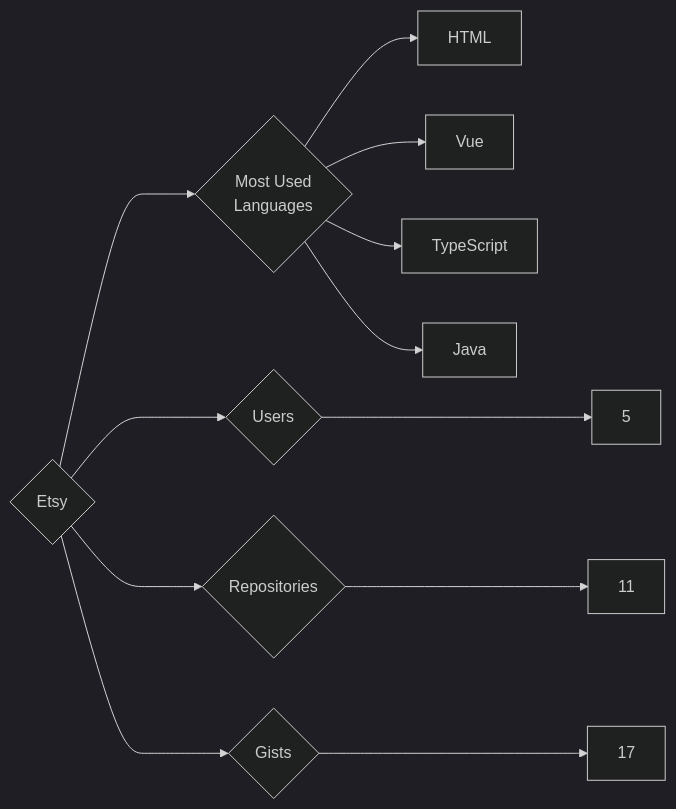
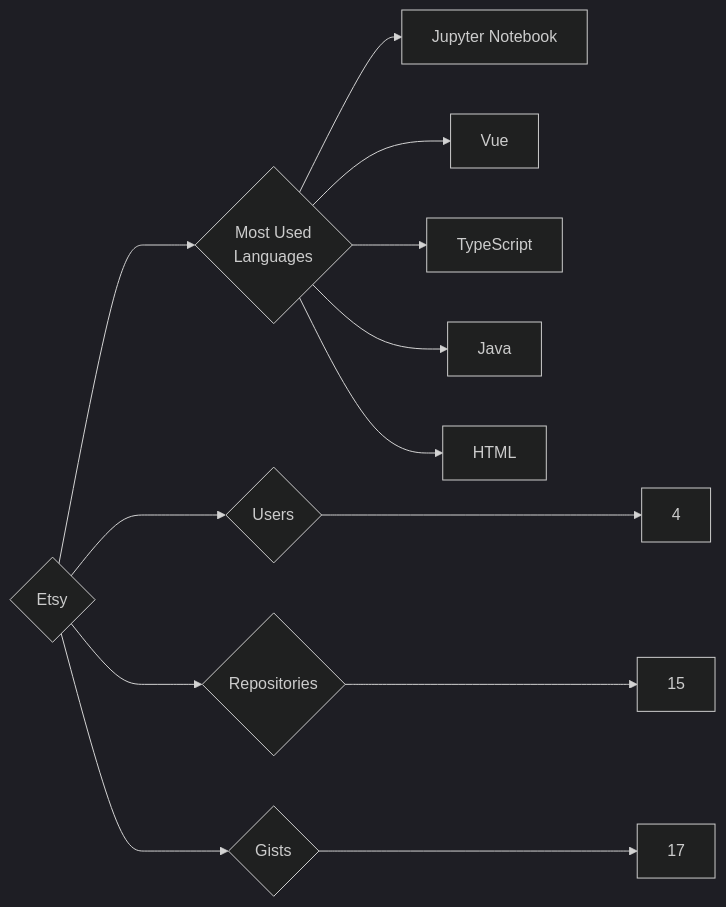
Before and after one commit to trickest/insiders: the diagram in targets/Etsy/README.md, drawn with Mermaid (dark theme). The commit also changed 988 other files, not shown here.

````diff
--- a/targets/Etsy/README.md
+++ b/targets/Etsy/README.md
@@ -3,12 +3,13 @@
 ```mermaid
 graph LR
 COMPANY_NAME{Etsy}
-COMPANY_NAME ---> U{Users} ---> UN[5]
-COMPANY_NAME ---> R{Repositories} ---> RN[11]
+COMPANY_NAME ---> U{Users} ---> UN[4]
+COMPANY_NAME ---> R{Repositories} ---> RN[15]
 COMPANY_NAME ---> G{Gists} ---> GN[17]
 COMPANY_NAME ---> ML{Most Used<br>Languages}
-ML --> HTML[HTML]
+ML --> Jupyter_Notebook[Jupyter Notebook]
 ML --> Vue[Vue]
 ML --> TypeScript[TypeScript]
 ML --> Java[Java]
+ML --> HTML[HTML]
 ```
````
